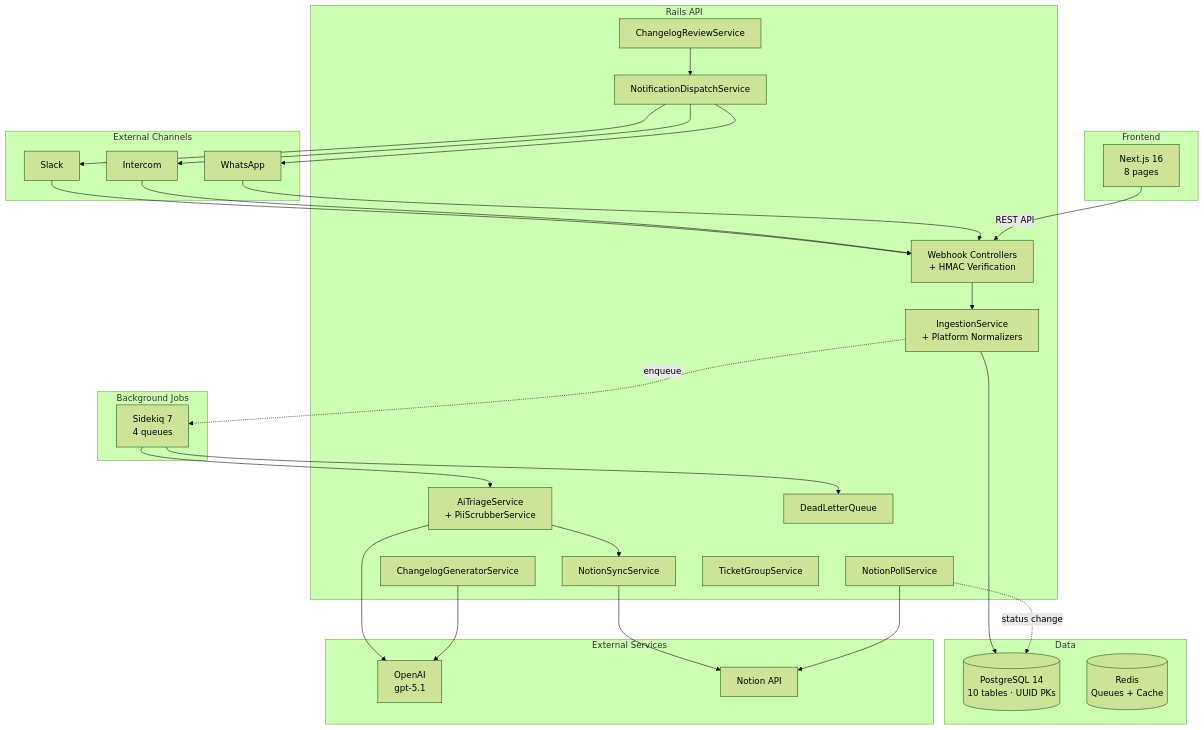
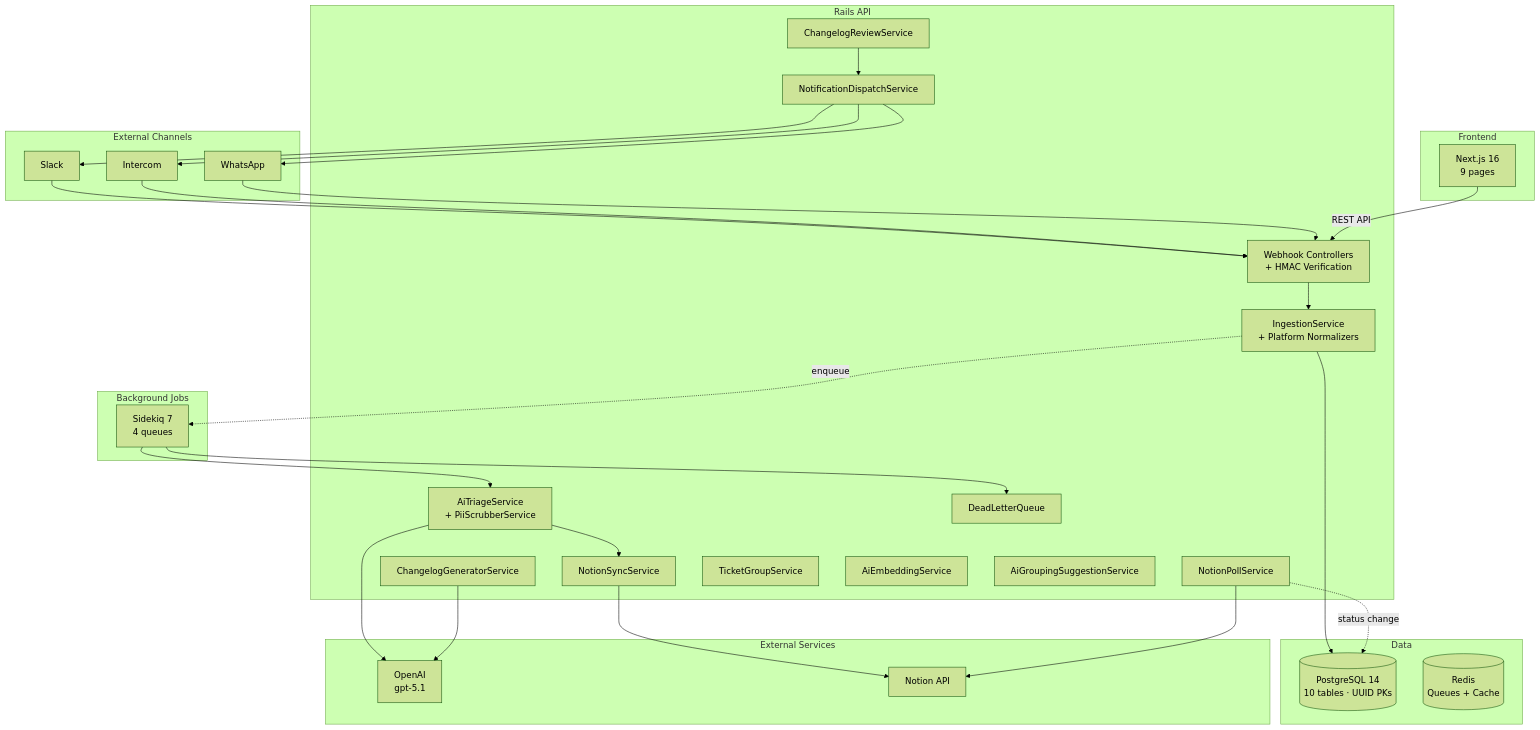
The first of 4 diagrams in README.md (abouhid2/feedback-hub), drawn with Mermaid (forest theme) before and after one commit. The commit also changed other lines of this file, not shown here.

````diff
--- a/README.md
+++ b/README.md
@@ -99,59 +181,61 @@
 ```mermaid
 graph TB
     subgraph External Channels
         SL[Slack]
         IC[Intercom]
         WA[WhatsApp]
     end
 
     subgraph Rails API
         WH[Webhook Controllers<br/>+ HMAC Verification]
         IS[IngestionService<br/>+ Platform Normalizers]
         AI[AiTriageService<br/>+ PiiScrubberService]
         NS[NotionSyncService]
         NP[NotionPollService]
         CG[ChangelogGeneratorService]
         CR[ChangelogReviewService]
         ND[NotificationDispatchService]
         TG[TicketGroupService]
+        AE[AiEmbeddingService]
+        AGS[AiGroupingSuggestionService]
         DLQ[DeadLetterQueue]
     end
 
     subgraph Background Jobs
         SK[Sidekiq 7<br/>4 queues]
     end
 
     subgraph Data
         PG[(PostgreSQL 14<br/>10 tables · UUID PKs)]
         RD[(Redis<br/>Queues + Cache)]
     end
 
     subgraph External Services
         OAI[OpenAI<br/>gpt-5.1]
         NOT[Notion API]
     end
 
     subgraph Frontend
-        NX[Next.js 16<br/>8 pages]
+        NX[Next.js 16<br/>9 pages]
     end
 
     SL --> WH
     IC --> WH
     WA --> WH
     WH --> IS
     IS --> PG
     IS -.->|enqueue| SK
     SK --> AI
     AI --> OAI
     AI --> NS
     NS --> NOT
     NP --> NOT
     NP -.->|status change| PG
     CG --> OAI
     CR --> ND
     ND --> SL
     ND --> IC
     ND --> WA
     SK --> DLQ
     NX --> |REST API| WH
 ```
````
